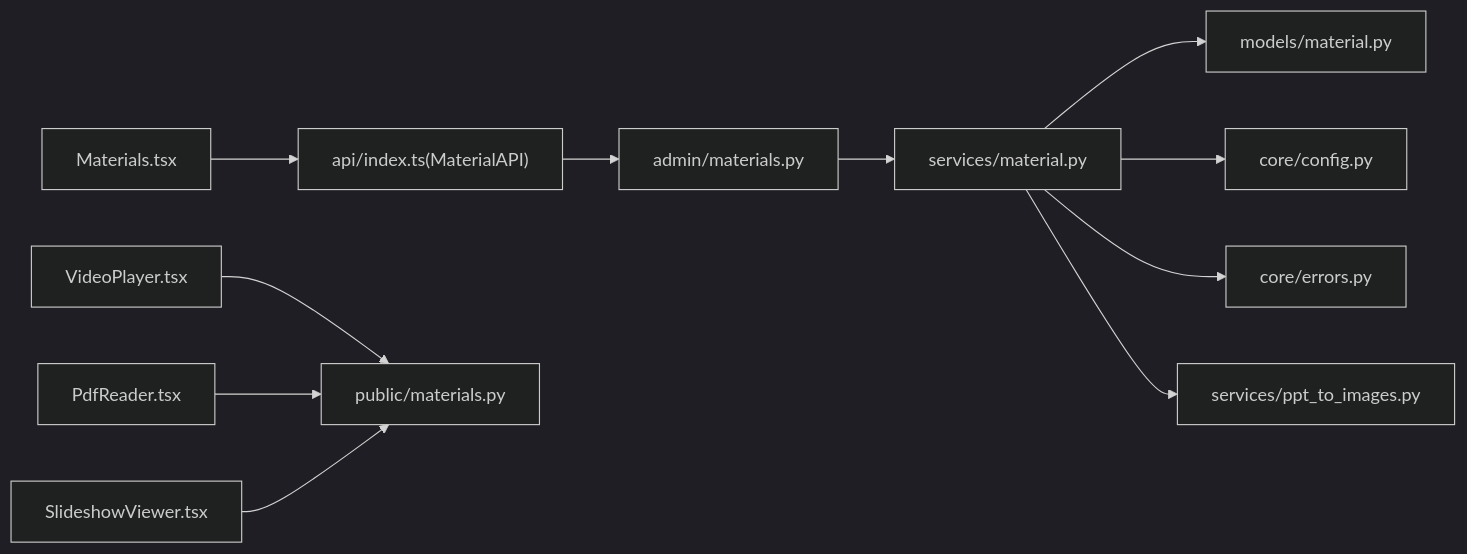
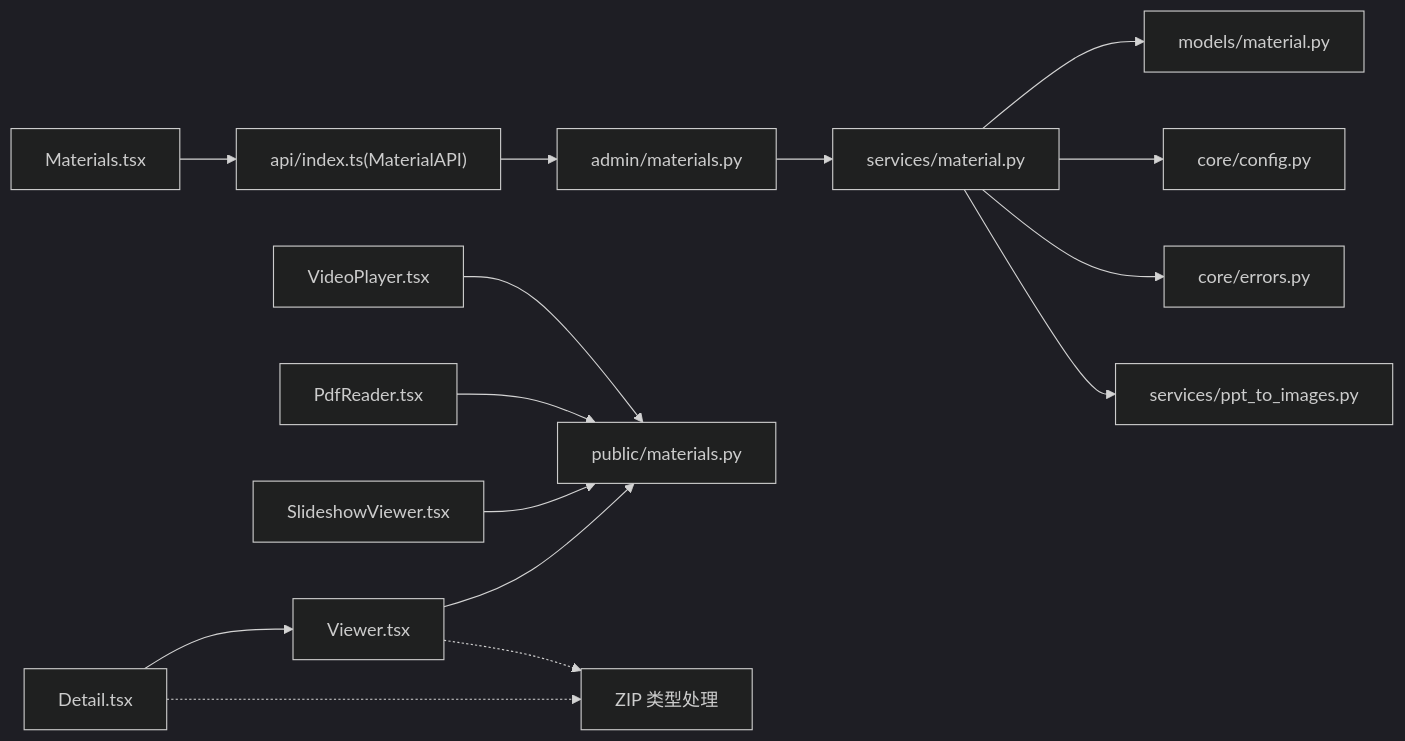
Before and after one commit to leo21cn/ai-learning-hub: the seventh of 7 diagrams in .qoder/repowiki/zh/content/前端开发指南/页面开发/管理后台页面开发/素材管理页面.md, drawn with Mermaid (dark theme). The commit also changed other lines of this file and 41 other files, not shown here.

````diff
--- a/.qoder/repowiki/zh/content/前端开发指南/页面开发/管理后台页面开发/素材管理页面.md
+++ b/.qoder/repowiki/zh/content/前端开发指南/页面开发/管理后台页面开发/素材管理页面.md
@@ -400,13 +461,17 @@
 ```mermaid
 graph LR
 FE_Mat["Materials.tsx"] --> FE_API["api/index.ts(MaterialAPI)"]
 FE_API --> AM["admin/materials.py"]
 AM --> SVC["services/material.py"]
 SVC --> MOD["models/material.py"]
 SVC --> CFG["core/config.py"]
 SVC --> ERR["core/errors.py"]
 SVC --> PPT["services/ppt_to_images.py"]
 FE_Video["VideoPlayer.tsx"] --> PUB["public/materials.py"]
 FE_PDF["PdfReader.tsx"] --> PUB
 FE_Slide["SlideshowViewer.tsx"] --> PUB
+FE_Detail["Detail.tsx"] --> FE_Viewer["Viewer.tsx"]
+FE_Viewer --> PUB
+FE_Detail -.-> ZIP["ZIP 类型处理"]
+FE_Viewer -.-> ZIP
 ```
````
